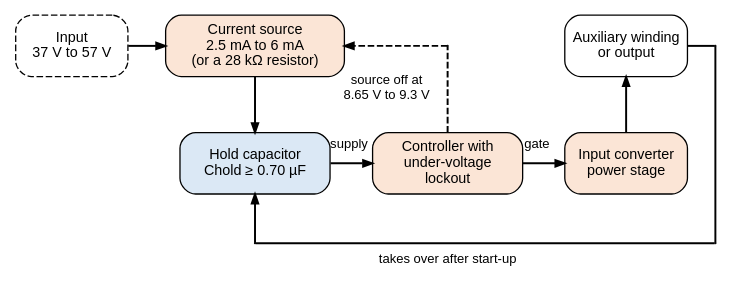
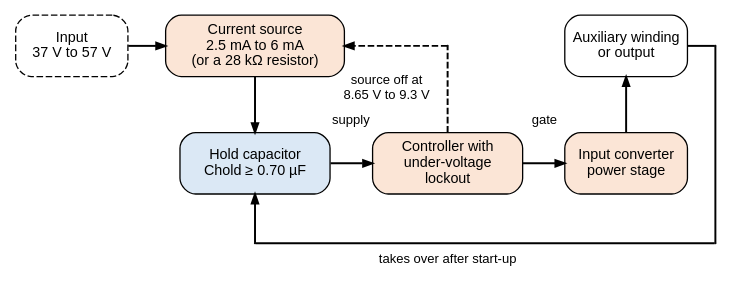
Before and after one commit to mithro/evampire: the diagram in docs/power/converters/start-path.dot, drawn with Graphviz.

Commit message:
Lift the supply and gate labels clear of their boxes

```diff
--- a/docs/power/converters/start-path.dot
+++ b/docs/power/converters/start-path.dot
@@ -1,51 +1,51 @@
 // Start-up path of a powered-device converter: a current source from the
 // high-voltage input charges a hold capacitor that powers the controller
 // until the converter's own winding or output takes over.
 //
 // Fixed grid (positions in inches): the input and start-up path on the top
 // row (y=2.4), the hold capacitor and controller on the middle row (y=1.3),
 // the hand-over path along the bottom (y=0.25).
 //
 // SPDX-License-Identifier: Apache-2.0
 
 digraph start_path {
     graph [layout=neato, splines=false, overlap=true, fontname="Helvetica",
            size="7.4,4"];
     node  [shape=box, style="rounded,filled", fillcolor="#f2f2f2",
            fontname="Helvetica", fontsize=11, width=1.5, height=0.65,
            fixedsize=true];
     edge  [arrowsize=0.7, penwidth=1.5];
 
     vin   [pos="0.75,2.4!", width=1.2, label="Input\n37 V to 57 V", fillcolor="#ffffff",
            style="rounded,filled,dashed"];
     src   [pos="2.7,2.4!", width=1.9, label="Current source\n2.5 mA to 6 mA\n(or a 28 kΩ resistor)",
            fillcolor="#fbe5d6"];
     chold [pos="2.7,1.15!", width=1.6, label="Hold capacitor\nChold ≥ 0.70 µF",
            fillcolor="#dbe8f5"];
     ctrl  [pos="4.75,1.15!", width=1.6, label="Controller with\nunder-voltage\nlockout",
            fillcolor="#fbe5d6"];
     conv  [pos="6.65,1.15!", width=1.3, label="Input converter\npower stage",
            fillcolor="#fbe5d6"];
     aux   [pos="6.65,2.4!", width=1.3, label="Auxiliary winding\nor output",
            fillcolor="#ffffff"];
 
     // Edge labels.
     node  [shape=plaintext, style="", fontsize=10, width=1.0, height=0.3];
-    l_sup [pos="3.7,1.35!", width=0.6, label="supply"];
-    l_g   [pos="5.7,1.35!", width=0.6, label="gate"];
+    l_sup [pos="3.72,1.6!", width=0.6, label="supply"];
+    l_g   [pos="5.78,1.6!", width=0.6, label="gate"];
     l_off [pos="4.1,1.95!", width=1.6, label="source off at\n8.65 V to 9.3 V"];
     l_tk  [pos="4.75,0.12!", width=2.0, label="takes over after start-up"];
 
     node  [shape=point, width=0.01, height=0.01, label=""];
     k1    [pos="7.6,2.4!"];
     k2    [pos="7.6,0.3!"];
     k3    [pos="2.7,0.3!"];
     k4    [pos="4.75,2.4!"];
 
     vin  -> src;  src -> chold;  chold -> ctrl;  ctrl -> conv;
     conv -> aux;
     ctrl -> k4 [arrowhead=none, style=dashed];
     k4   -> src [style=dashed];
     aux  -> k1 [arrowhead=none];  k1 -> k2 [arrowhead=none];
     k2   -> k3 [arrowhead=none];  k3 -> chold;
 }
```
